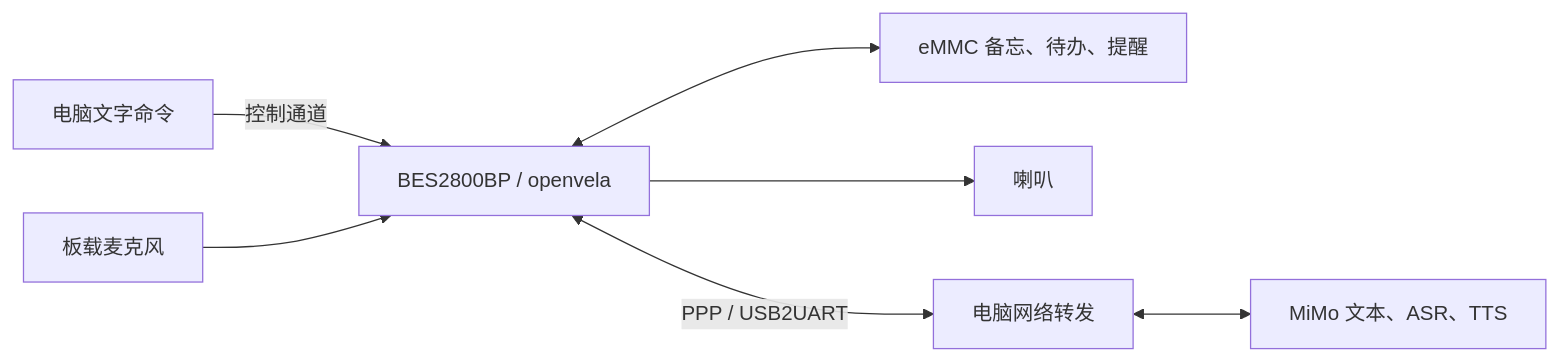
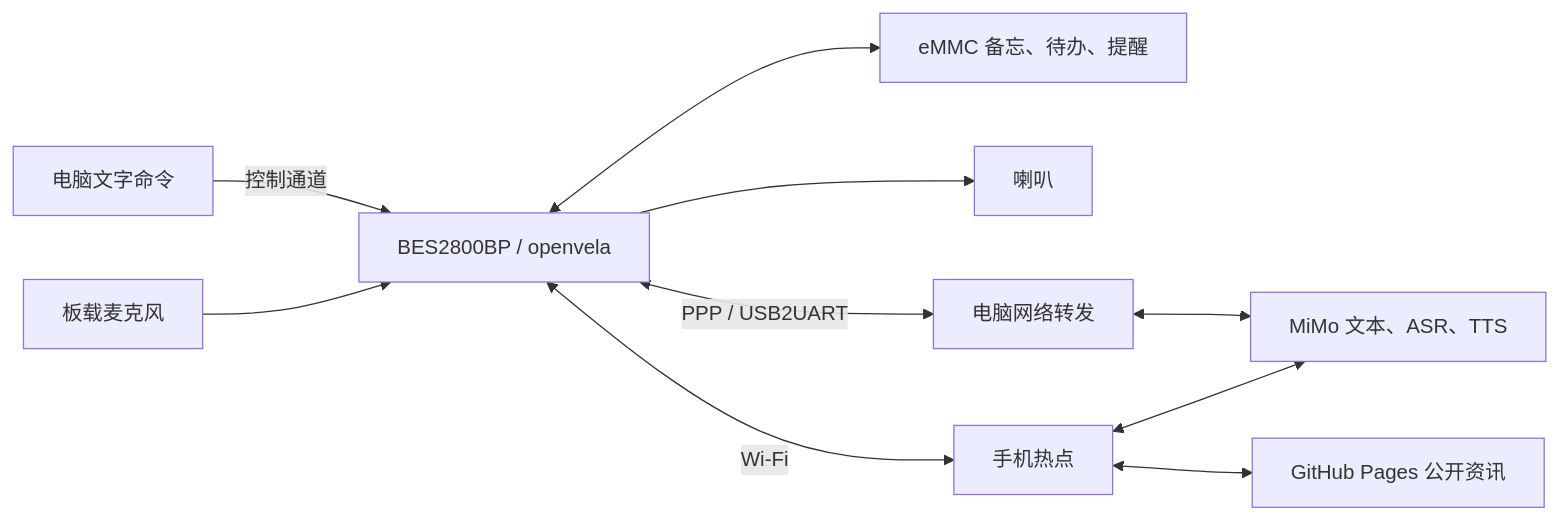
Before and after one commit to open-vela/contest2026_416_dianzinongmingong: the diagram in README.md, drawn with Mermaid. The commit also changed other lines of this file and 52 other files, not shown here.

````diff
--- a/README.md
+++ b/README.md
@@ -29,9 +29,12 @@
 ```mermaid
 flowchart LR
     Text[电脑文字命令] -->|控制通道| Board[BES2800BP / openvela]
     Mic[板载麦克风] --> Board
     Board <--> Store[eMMC 备忘、待办、提醒]
     Board --> Speaker[喇叭]
     Board <-->|PPP / USB2UART| PC[电脑网络转发]
     PC <--> Cloud[MiMo 文本、ASR、TTS]
+    Board <-->|Wi-Fi| Hotspot[手机热点]
+    Hotspot <--> Cloud
+    Hotspot <--> Feed[GitHub Pages 公开资讯]
 ```
````
